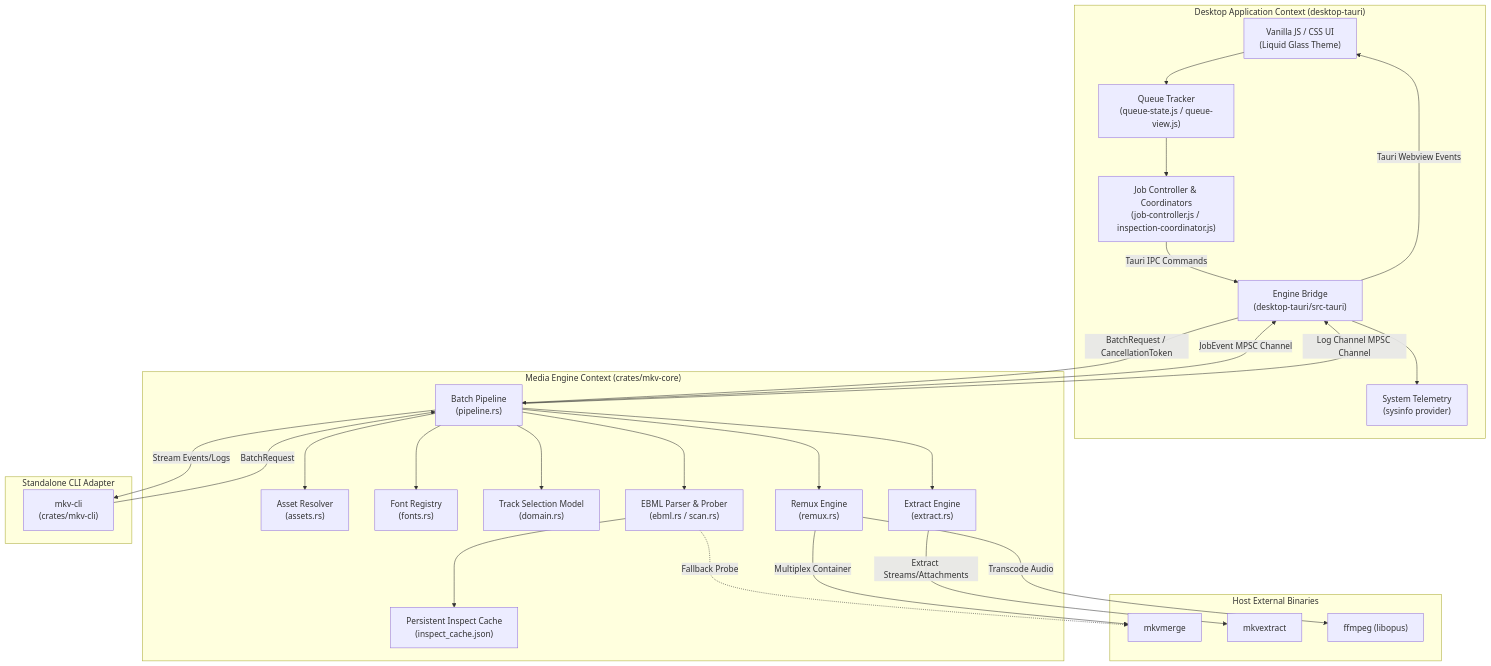
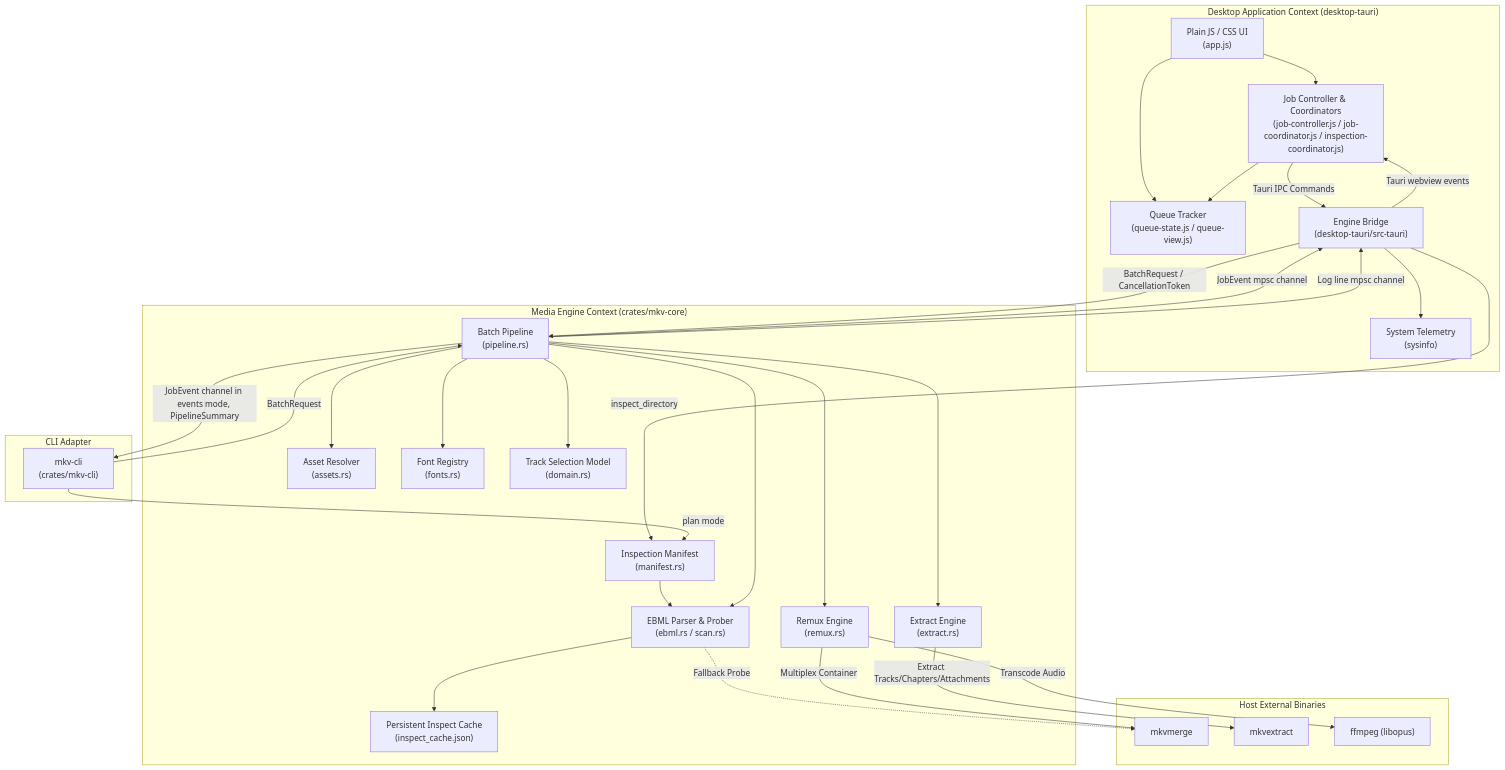
Before and after one commit to Si-Forces/mkvanimebatch: the first of 8 diagrams in architecture.md, drawn with Mermaid. The commit also changed other lines of this file and 78 other files, not shown here.

````diff
--- a/architecture.md
+++ b/architecture.md
@@ -29,56 +28,61 @@
 ```mermaid
 flowchart TD
     subgraph DesktopContext["Desktop Application Context (desktop-tauri)"]
-        UI["Vanilla JS / CSS UI\n(Liquid Glass Theme)"]
+        UI["Plain JS / CSS UI\n(app.js)"]
         QT["Queue Tracker\n(queue-state.js / queue-view.js)"]
-        JC["Job Controller & Coordinators\n(job-controller.js / inspection-coordinator.js)"]
+        JC["Job Controller & Coordinators\n(job-controller.js / job-coordinator.js / inspection-coordinator.js)"]
         EB["Engine Bridge\n(desktop-tauri/src-tauri)"]
-        TS["System Telemetry\n(sysinfo provider)"]
+        TS["System Telemetry\n(sysinfo)"]
     end
 
     subgraph MediaEngineContext["Media Engine Context (crates/mkv-core)"]
+        MAN["Inspection Manifest\n(manifest.rs)"]
         BP["Batch Pipeline\n(pipeline.rs)"]
         AR["Asset Resolver\n(assets.rs)"]
         FR["Font Registry\n(fonts.rs)"]
         TSM["Track Selection Model\n(domain.rs)"]
         EBML["EBML Parser & Prober\n(ebml.rs / scan.rs)"]
         PIC["Persistent Inspect Cache\n(inspect_cache.json)"]
         RX["Remux Engine\n(remux.rs)"]
         EX["Extract Engine\n(extract.rs)"]
     end
 
     subgraph ExternalTools["Host External Binaries"]
         MKVMERGE["mkvmerge"]
         MKVEXTRACT["mkvextract"]
         FFMPEG["ffmpeg (libopus)"]
     end
 
-    subgraph StandaloneCLI["Standalone CLI Adapter"]
+    subgraph StandaloneCLI["CLI Adapter"]
         CLI["mkv-cli\n(crates/mkv-cli)"]
     end
 
     UI --> QT
-    QT --> JC
+    UI --> JC
+    JC --> QT
     JC -->|Tauri IPC Commands| EB
+    EB -->|inspect_directory| MAN
     EB -->|BatchRequest / CancellationToken| BP
-    BP -->|JobEvent MPSC Channel| EB
-    BP -->|Log Channel MPSC Channel| EB
-    EB -->|Tauri Webview Events| UI
+    BP -->|JobEvent mpsc channel| EB
+    BP -->|Log line mpsc channel| EB
+    EB -->|Tauri webview events| JC
     EB --> TS
 
     CLI -->|BatchRequest| BP
-    BP -->|Stream Events/Logs| CLI
+    CLI -->|plan mode| MAN
+    BP -->|JobEvent channel in events mode, PipelineSummary| CLI
 
+    MAN --> EBML
     BP --> AR
     BP --> FR
     BP --> TSM
     BP --> EBML
     EBML --> PIC
     BP --> RX
     BP --> EX
 
     EBML -.->|Fallback Probe| MKVMERGE
     RX -->|Transcode Audio| FFMPEG
     RX -->|Multiplex Container| MKVMERGE
-    EX -->|Extract Streams/Attachments| MKVEXTRACT
+    EX -->|Extract Tracks/Chapters/Attachments| MKVEXTRACT
 ```
````
